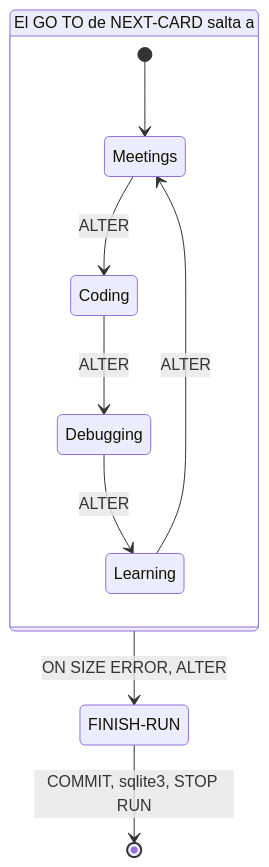
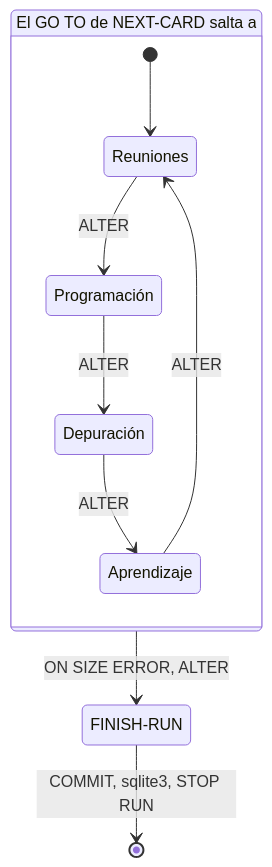
Before and after one commit to dullroar/aprende-a-programar-como-un-bicho-raro: the diagram in src/cobol-weird/README.md, drawn with Mermaid. The commit also changed other lines of this file and 14 other files, not shown here.

First line of the commit message:
loop(F2-007-cobol-weird): src/cobol-weird card categories localized (Reuniones, Programación, Depuración, Aprendizaje); oracle PASS

````diff
--- a/src/cobol-weird/README.md
+++ b/src/cobol-weird/README.md
@@ -49,19 +49,19 @@
 ```mermaid
 stateDiagram-v2
     accTitle: cobol-weird: el destino de un solo GO TO es el bucle
-    accDescr: Un diagrama de estados. El estado es el destino actual del único GO TO del párrafo NEXT-CARD. Empieza como Meetings. Cada párrafo de categoría lo reescribe con ALTER para apuntar a la categoría siguiente, así que el ciclo es Meetings, Coding, Debugging, Learning y de nuevo Meetings. Cuando el campo de margen de dos dígitos se desborda, ON SIZE ERROR reescribe el destino a FINISH-RUN, que hace la confirmación de la transacción del script y se detiene.
-    state "Meetings" as M
-    state "Coding" as C
-    state "Debugging" as D
-    state "Learning" as L
+    accDescr: Un diagrama de estados. El estado es el destino actual del único GO TO del párrafo NEXT-CARD. Empieza como Reuniones. Cada párrafo de categoría lo reescribe con ALTER para apuntar a la categoría siguiente, así que el ciclo es Reuniones, Programación, Depuración, Aprendizaje y de nuevo Reuniones. Cuando el campo de margen de dos dígitos se desborda, ON SIZE ERROR reescribe el destino a FINISH-RUN, que hace la confirmación de la transacción del script y se detiene.
+    state "Reuniones" as M
+    state "Programación" as C
+    state "Depuración" as D
+    state "Aprendizaje" as L
     state "FINISH-RUN" as F
     state "El GO TO de NEXT-CARD salta a" as T {
         [*] --> M
         M --> C : ALTER
         C --> D : ALTER
         D --> L : ALTER
         L --> M : ALTER
     }
     T --> F : ON SIZE ERROR, ALTER
     F --> [*] : COMMIT, sqlite3, STOP RUN
 ```
````
